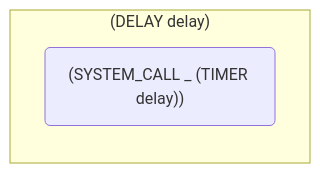
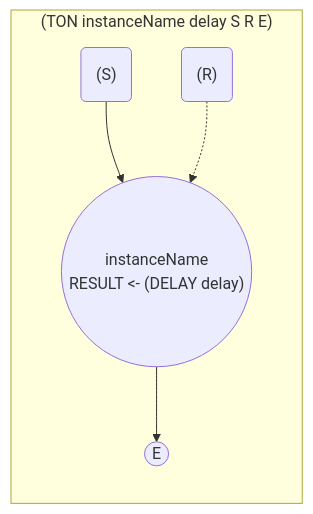
One commit to DualsoftDev/ds changed the seventh of 10 diagrams in Doc/Language/ds-language-table.md. Above: the diagram before and after it, drawn with Mermaid. The commit also changed other lines of this file, not shown here.

````diff
--- a/Doc/Language/ds-language-table.md
+++ b/Doc/Language/ds-language-table.md
@@ -209,6 +181,7 @@
 ```mermaid
     graph LR;
-        subgraph "(DELAY delay)"
-        X("(SYSTEM_CALL _ (TIMER delay))")
+        subgraph "(TON instanceName delay S R E)"
+        id("(S)") --> X(("instanceName<br>RESULT <- (DELAY delay)")) --> E((E))
+        R("(R)") .-> X
         end
   ```
````
